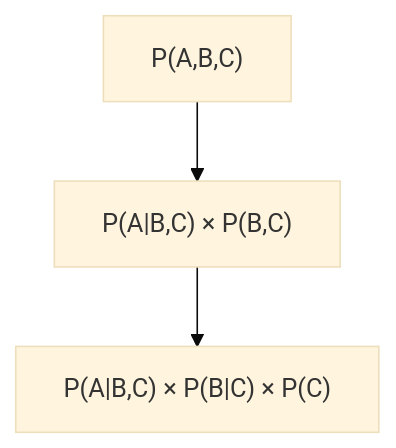
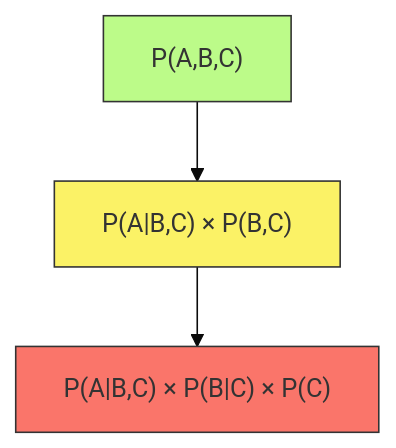
One commit to Chaklader/part-of-speech-tagging changed the third of 23 diagrams in C_2.md. Above: the diagram before and after it, drawn with Mermaid (base theme). The commit also changed other lines of this file, not shown here.

````diff
--- a/C_2.md
+++ b/C_2.md
@@ -162,5 +167,10 @@
 ```mermaid
 flowchart TD
     A["P(A,B,C)"] --> B["P(A|B,C) × P(B,C)"]
     B --> C["P(A|B,C) × P(B|C) × P(C)"]
+
+style A fill:#BCFB89,stroke:#333,stroke-width:1px
+  style B fill:#FBF266,stroke:#333,stroke-width:1px
+  style C fill:#FA756A,stroke:#333,stroke-width:1px
+
 ```
````
